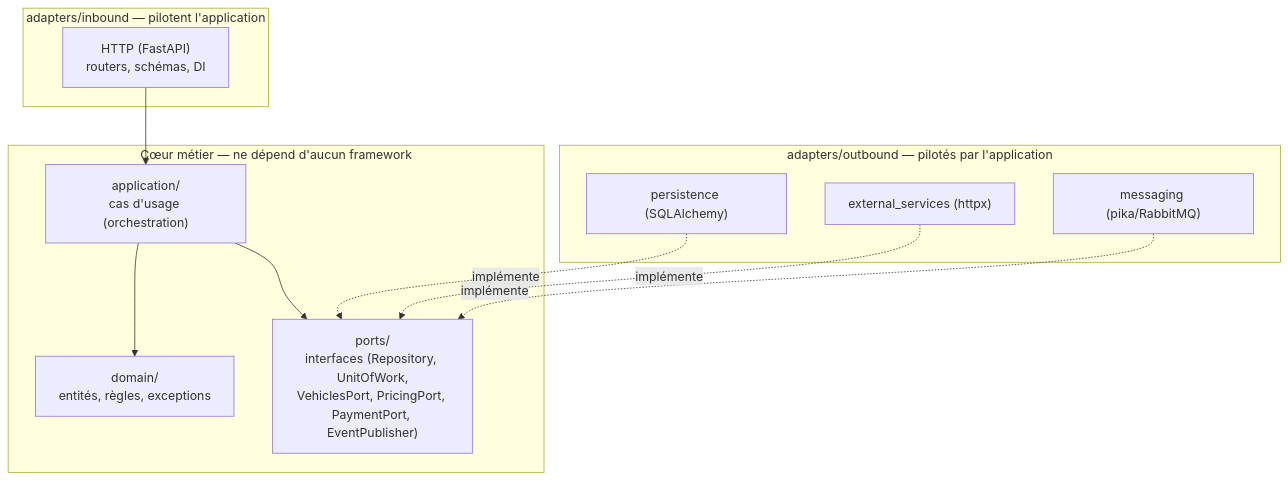
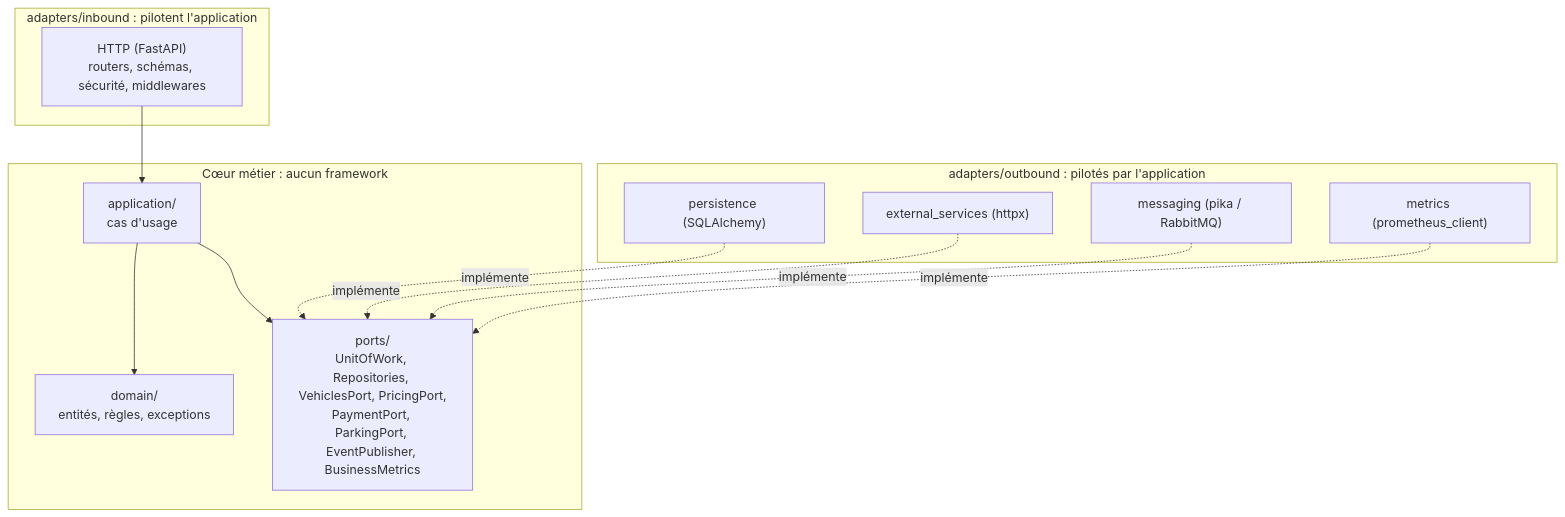
The second of 4 diagrams in docs/booking_architecture.md (Yanom-school-projects/M1-Projet-Architecture-Booking), drawn with Mermaid before and after one commit. The commit also changed other lines of this file and 2 other files, not shown here.

Commit message:
docs: architecture et scénario de test à jour pour la v2.6.0

````diff
--- a/docs/booking_architecture.md
+++ b/docs/booking_architecture.md
@@ -54,25 +50,27 @@
 ```mermaid
 flowchart TB
-    subgraph Entrant["adapters/inbound — pilotent l'application"]
-        HTTP["HTTP (FastAPI)<br/>routers, schémas, DI"]
+    subgraph Entrant["adapters/inbound : pilotent l'application"]
+        HTTP["HTTP (FastAPI)<br/>routers, schémas, sécurité, middlewares"]
     end
 
-    subgraph Coeur["Cœur métier — ne dépend d'aucun framework"]
+    subgraph Coeur["Cœur métier : aucun framework"]
         Domain["domain/<br/>entités, règles, exceptions"]
-        App["application/<br/>cas d'usage (orchestration)"]
-        Ports["ports/<br/>interfaces (Repository, UnitOfWork,<br/>VehiclesPort, PricingPort, PaymentPort, EventPublisher)"]
+        App["application/<br/>cas d'usage"]
+        Ports["ports/<br/>UnitOfWork, Repositories, VehiclesPort, PricingPort,<br/>PaymentPort, ParkingPort, EventPublisher, BusinessMetrics"]
     end
 
-    subgraph Sortant["adapters/outbound — pilotés par l'application"]
+    subgraph Sortant["adapters/outbound : pilotés par l'application"]
         Persist["persistence (SQLAlchemy)"]
         Ext["external_services (httpx)"]
-        Msg["messaging (pika/RabbitMQ)"]
+        Msg["messaging (pika / RabbitMQ)"]
+        Met["metrics (prometheus_client)"]
     end
 
     HTTP --> App
     App --> Domain
     App --> Ports
     Persist -.implémente.-> Ports
     Ext -.implémente.-> Ports
     Msg -.implémente.-> Ports
+    Met -.implémente.-> Ports
 ```
````
